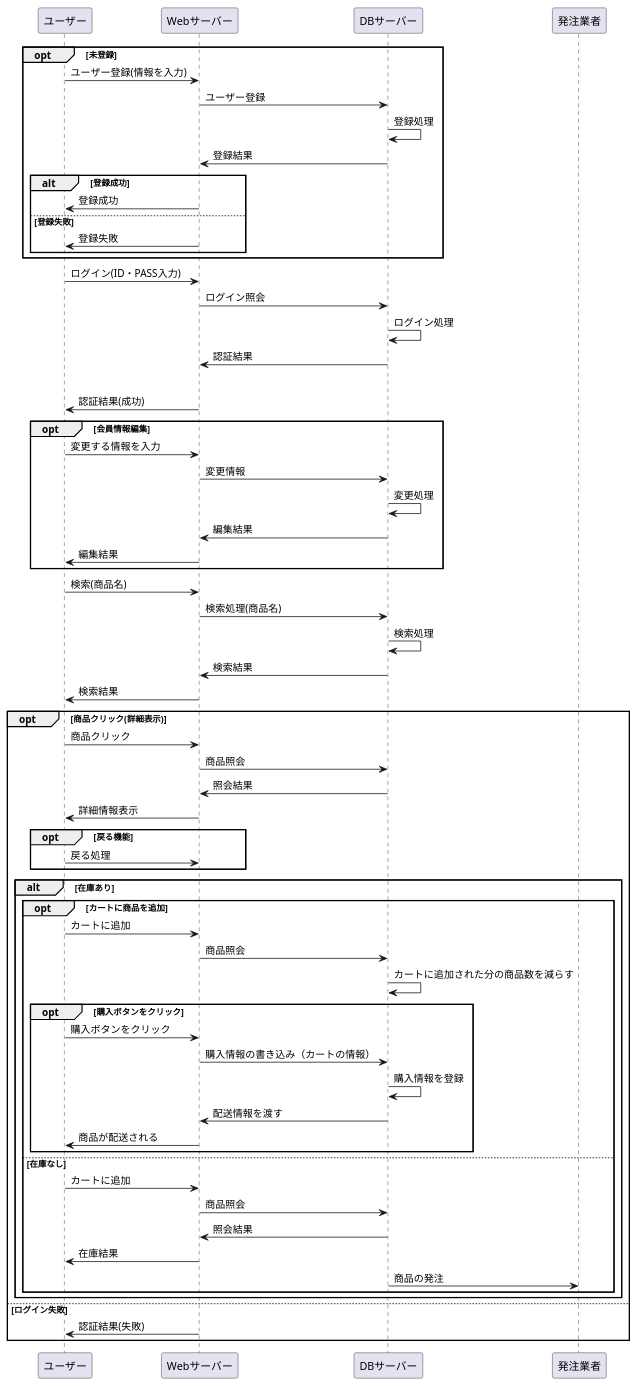
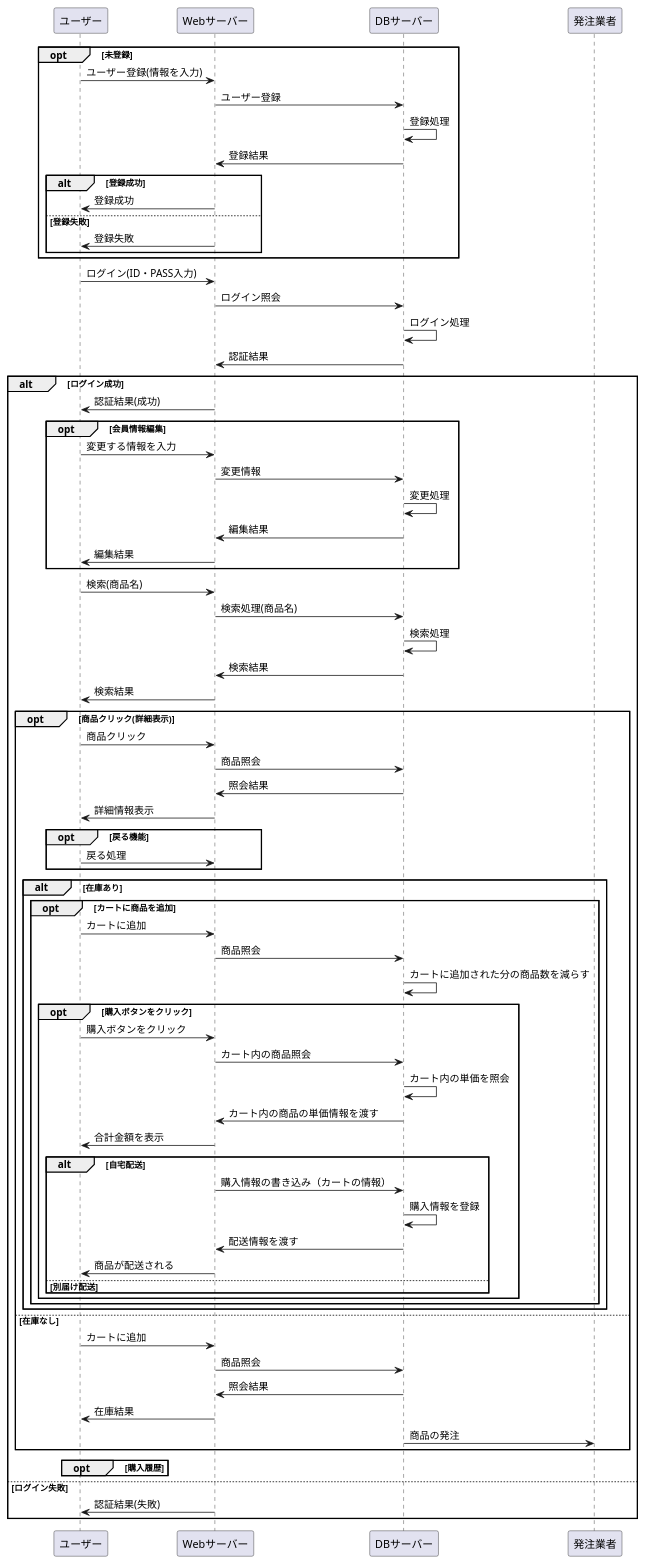
Before and after one commit to Aso2001221/Aso-Sports: the diagram in 設計書/02_業務フロー/flow.md, drawn with PlantUML. The commit also changed other lines of this file, not shown here.

```diff
--- a/設計書/02_業務フロー/flow.md
+++ b/設計書/02_業務フロー/flow.md
@@ -6,11 +6,13 @@
 DBサーバー -> DBサーバー : 登録処理
 DBサーバー -> Webサーバー : 登録結果
 
- 
 
- 
 
- 
+
+
+
+
+
 
 alt 登録成功
 Webサーバー -> ユーザー : 登録成功
@@ -19,32 +21,17 @@
 end
 end
 
- 
 
- 
-
- 
 
 ユーザー -> Webサーバー : ログイン(ID・PASS入力)
 Webサーバー -> DBサーバー : ログイン照会
 DBサーバー -> DBサーバー : ログイン処理
 DBサーバー -> Webサーバー : 認証結果
 
- 
 
- 
-
- 
 
 alt ログイン成功
 Webサーバー -> ユーザー : 認証結果(成功)
-
- 
-
- 
-
- 
-
 opt 会員情報編集
 ユーザー -> Webサーバー : 変更する情報を入力
 Webサーバー -> DBサーバー :変更情報
@@ -53,11 +40,7 @@
 Webサーバー -> ユーザー : 編集結果
 end
 
- 
 
- 
-
- 
 
 ユーザー -> Webサーバー : 検索(商品名)
 Webサーバー -> DBサーバー : 検索処理(商品名)
@@ -65,31 +48,48 @@
 DBサーバー -> Webサーバー : 検索結果
 Webサーバー -> ユーザー : 検索結果
 
- 
 
- 
-
- 
 
 opt 商品クリック(詳細表示)
 ユーザー -> Webサーバー : 商品クリック
 Webサーバー -> DBサーバー : 商品照会
 DBサーバー -> Webサーバー : 照会結果
 Webサーバー -> ユーザー : 詳細情報表示
+
+
+
 opt 戻る機能
 ユーザー -> Webサーバー : 戻る処理
 end
+
+
+
 alt 在庫あり
 opt カートに商品を追加
 ユーザー -> Webサーバー : カートに追加
 Webサーバー -> DBサーバー : 商品照会
 DBサーバー -> DBサーバー : カートに追加された分の商品数を減らす
+
+
+
 opt 購入ボタンをクリック
 ユーザー -> Webサーバー : 購入ボタンをクリック
+Webサーバー -> DBサーバー : カート内の商品照会
+DBサーバー -> DBサーバー : カート内の単価を照会
+DBサーバー -> Webサーバー :カート内の商品の単価情報を渡す
+Webサーバー -> ユーザー:合計金額を表示
+alt 自宅配送
 Webサーバー -> DBサーバー :購入情報の書き込み（カートの情報）
 DBサーバー -> DBサーバー :購入情報を登録
 DBサーバー -> Webサーバー :配送情報を渡す
 Webサーバー -> ユーザー:商品が配送される
+else 別届け配送
+end
+end
+
+
+
+end
 end
 else 在庫なし
 ユーザー -> Webサーバー : カートに追加
@@ -98,13 +98,7 @@
 Webサーバー -> ユーザー : 在庫結果
 DBサーバー -> 発注業者 : 商品の発注
 end
-
- 
-
- 
-
- 
-
+opt 購入履歴
 end
 else ログイン失敗
 Webサーバー -> ユーザー : 認証結果(失敗)
```
